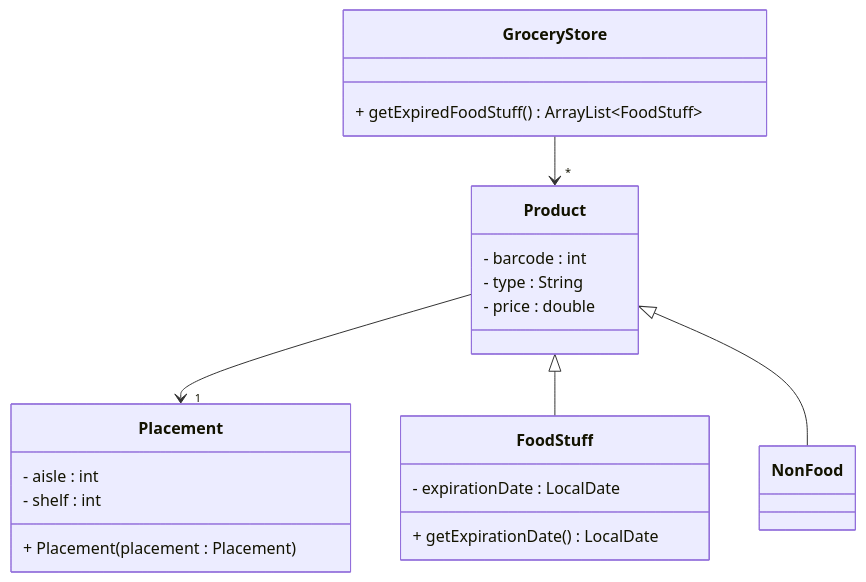
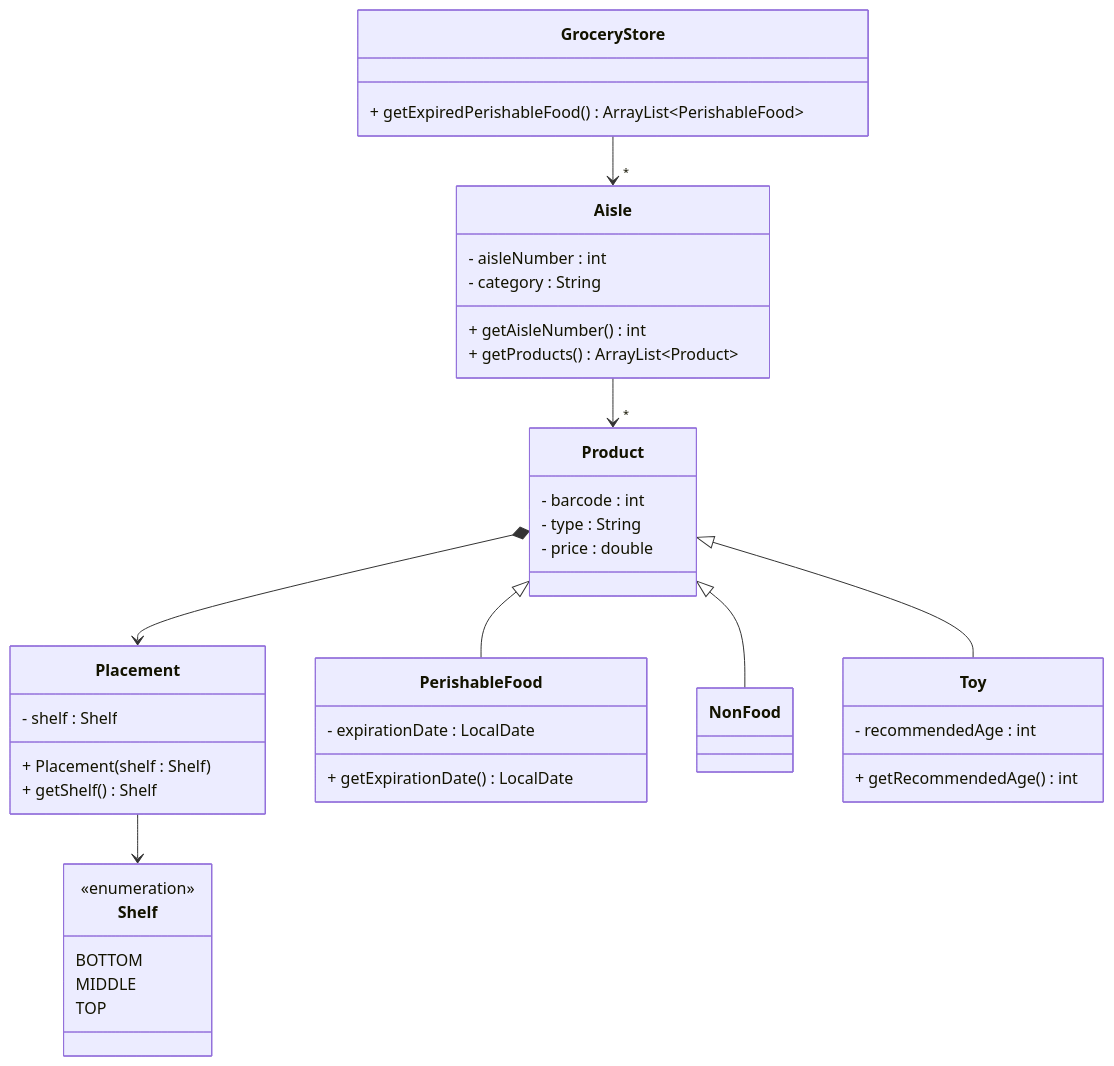
Before and after one commit to TroelsMortensen/Codelabs2: the diagram in Articles/Session 24 - Exam/005 Exercise 4 - Grocery Store.md, drawn with Mermaid. The commit also changed 5 other files, not shown here.

````diff
--- a/Articles/Session 24 - Exam/005 Exercise 4 - Grocery Store.md
+++ b/Articles/Session 24 - Exam/005 Exercise 4 - Grocery Store.md
@@ -5,31 +5,53 @@
 ```mermaid
 classDiagram
     class GroceryStore {
-        + getExpiredFoodStuff() ArrayList~FoodStuff~
+        + getExpiredPerishableFood() ArrayList~PerishableFood~
+    }
+    
+    class Aisle {
+        - aisleNumber : int
+        - category : String
+        + getAisleNumber() int
+        + getProducts() ArrayList~Product~
     }
     
     class Product {
         - barcode : int
         - type : String
         - price : double
     }
     
     class Placement {
-        - aisle : int
-        - shelf : int
-        + Placement(placement : Placement)
+        - shelf : Shelf
+        + Placement(shelf : Shelf)
+        + getShelf() Shelf
     }
     
-    class FoodStuff {
+    class Shelf {
+        <<enumeration>>
+        BOTTOM
+        MIDDLE
+        TOP
+    }
+    
+    class PerishableFood {
         - expirationDate : LocalDate
         + getExpirationDate() LocalDate
     }
     
     class NonFood {
     }
     
-    GroceryStore --> "*" Product
-    Product --> "1" Placement
-    Product <|-- FoodStuff
+    class Toy {
+        - recommendedAge : int
+        + getRecommendedAge() int
+    }
+    
+    GroceryStore --> "*" Aisle
+    Aisle --> "*" Product
+    Product *--> Placement
+    Placement --> Shelf
+    Product <|-- PerishableFood
     Product <|-- NonFood
+    Product <|-- Toy
 ```
````
